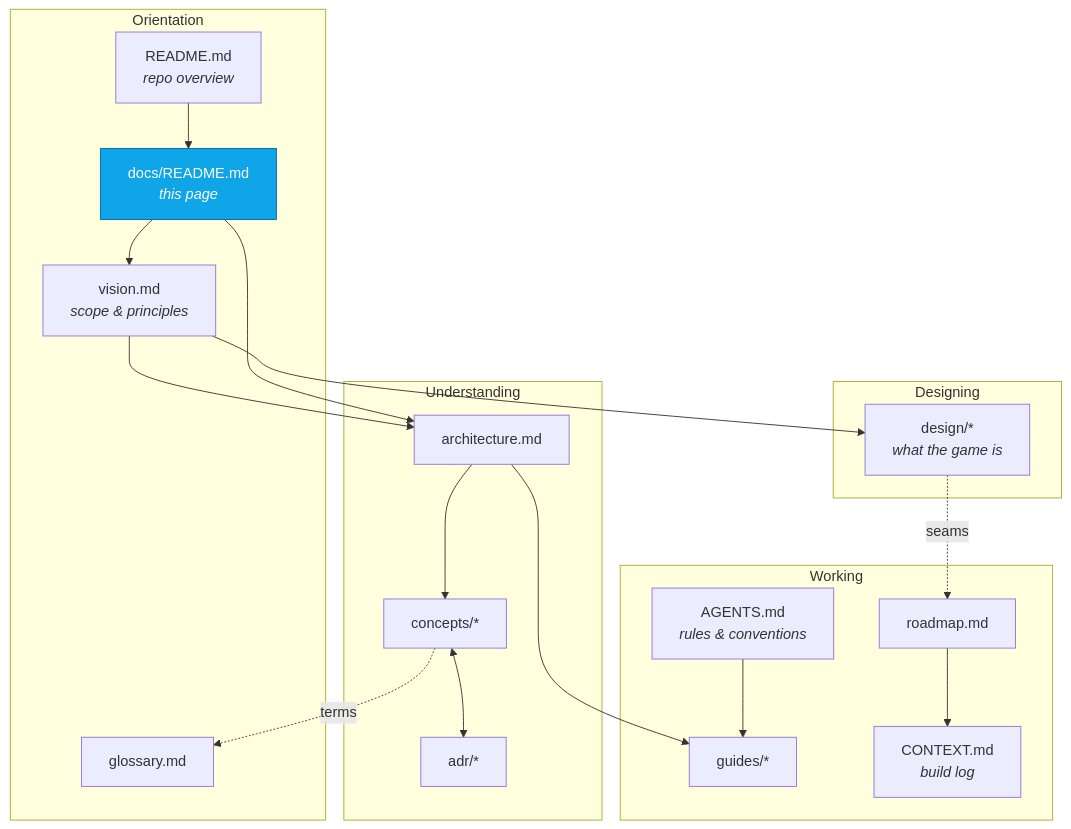
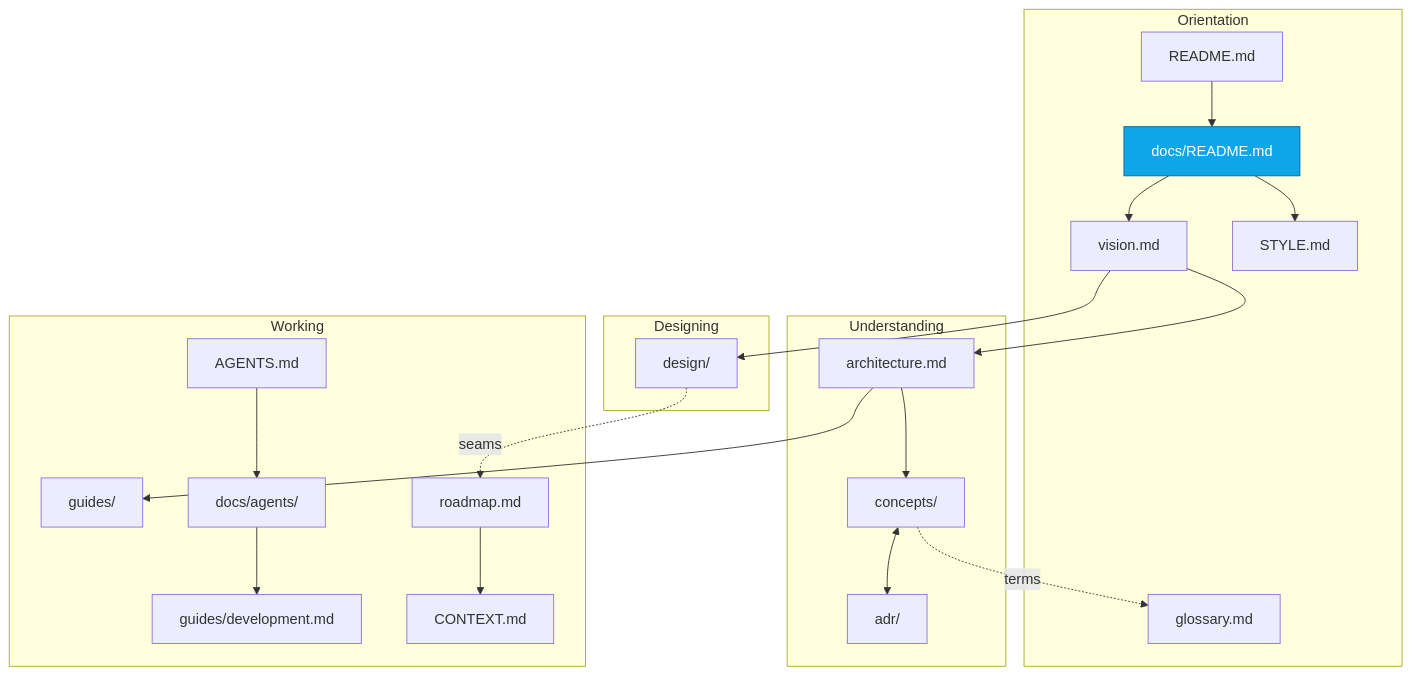
One commit to jonjaques/inertialref changed the second of 2 diagrams in docs/README.md. Above: the diagram before and after it, drawn with Mermaid. The commit also changed other lines of this file and 83 other files, not shown here.

````diff
--- a/docs/README.md
+++ b/docs/README.md
@@ -102,41 +108,45 @@
 ```mermaid
 flowchart TB
     subgraph Orientation
-        RM[README.md<br/><i>repo overview</i>]
-        DOC[docs/README.md<br/><i>this page</i>]
-        VISION[vision.md<br/><i>scope & principles</i>]
+        RM[README.md]
+        DOC[docs/README.md]
+        VISION[vision.md]
         GLOS[glossary.md]
+        STYLE[STYLE.md]
     end
 
     subgraph Designing
-        DESIGN[design/*<br/><i>what the game is</i>]
+        DESIGN[design/]
     end
 
     subgraph Understanding
         ARCH[architecture.md]
-        CON[concepts/*]
-        ADR[adr/*]
+        CON[concepts/]
+        ADR[adr/]
     end
 
     subgraph Working
-        AG[AGENTS.md<br/><i>rules & conventions</i>]
-        GUIDE[guides/*]
-        CTX[CONTEXT.md<br/><i>build log</i>]
+        DEV[guides/development.md]
+        GUIDE[guides/]
+        AG[AGENTS.md]
+        AH[docs/agents/]
+        CTX[CONTEXT.md]
         ROAD[roadmap.md]
     end
 
     RM --> DOC
     DOC --> VISION
+    DOC --> STYLE
     VISION --> DESIGN
     DESIGN -.->|"seams"| ROAD
     VISION --> ARCH
-    DOC --> ARCH
     ARCH --> CON
     CON <--> ADR
     ARCH --> GUIDE
-    AG --> GUIDE
+    AG --> AH
+    AH --> DEV
     ROAD --> CTX
     CON -.->|"terms"| GLOS
 
     style DOC fill:#0ea5e9,stroke:#0369a1,color:#fff
 ```
````
